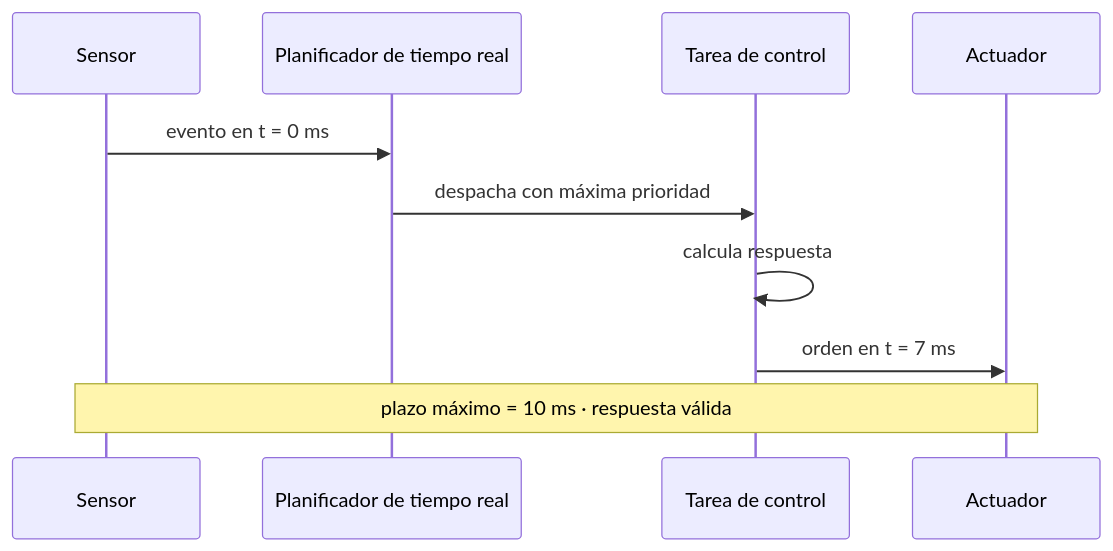
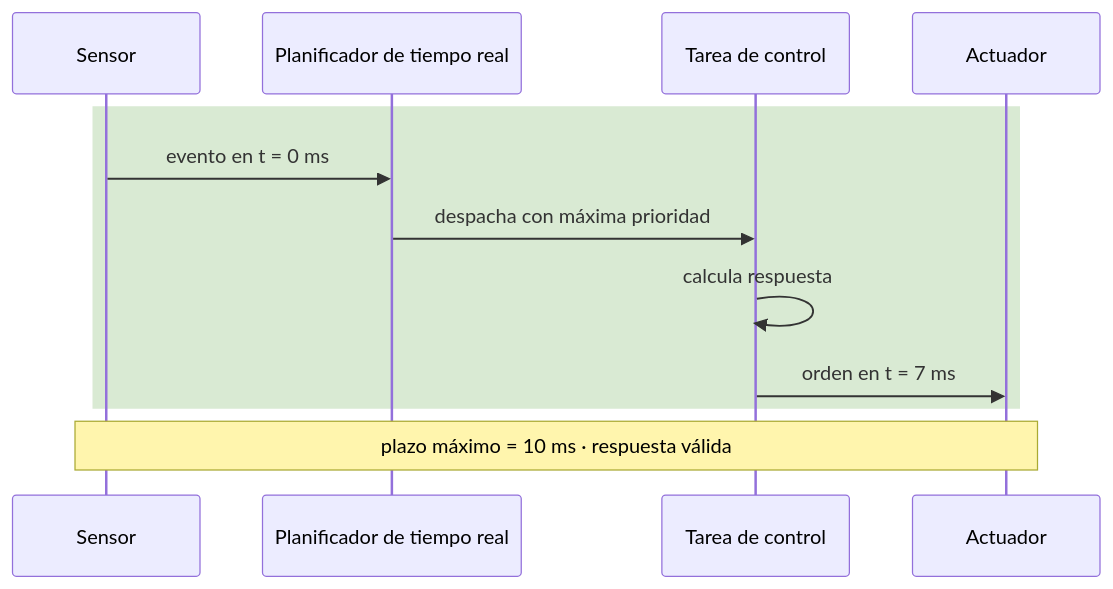
The sixth of 6 diagrams in TEORIA/04-planificacion-de-procesos/README.md (asiermarzo/ssoo), drawn with Mermaid before and after one commit. The commit also changed other lines of this file and 25 other files, not shown here.

Commit message:
refinado de diagramas mermaid y svg

````diff
--- a/TEORIA/04-planificacion-de-procesos/README.md
+++ b/TEORIA/04-planificacion-de-procesos/README.md
@@ -327,12 +366,14 @@
 ```mermaid
 sequenceDiagram
     participant S as Sensor
     participant P as Planificador de tiempo real
     participant T as Tarea de control
     participant A as Actuador
+    rect rgb(217, 234, 211)
     S->>P: evento en t = 0 ms
     P->>T: despacha con máxima prioridad
     T->>T: calcula respuesta
     T->>A: orden en t = 7 ms
+    end
     Note over S,A: plazo máximo = 10 ms · respuesta válida
 ```
````
